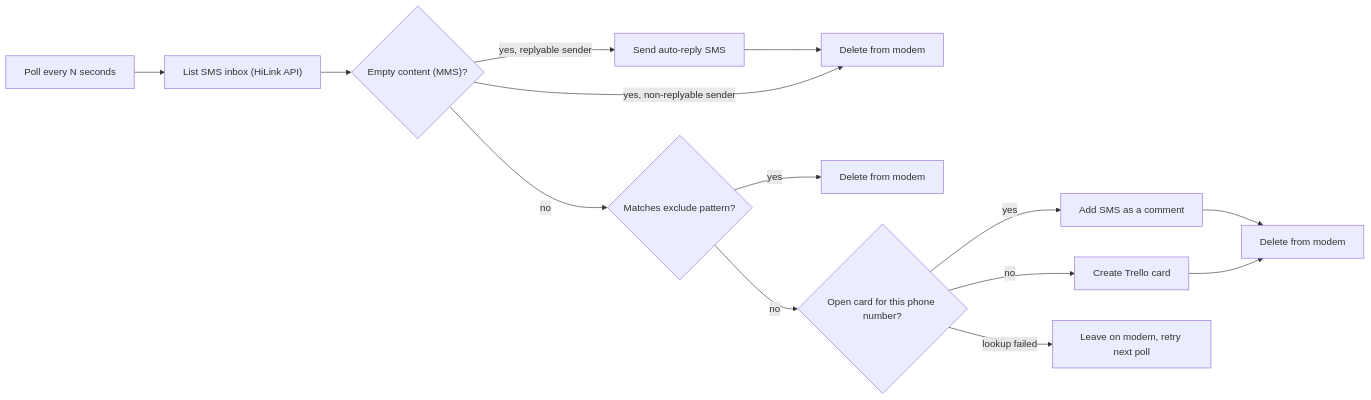
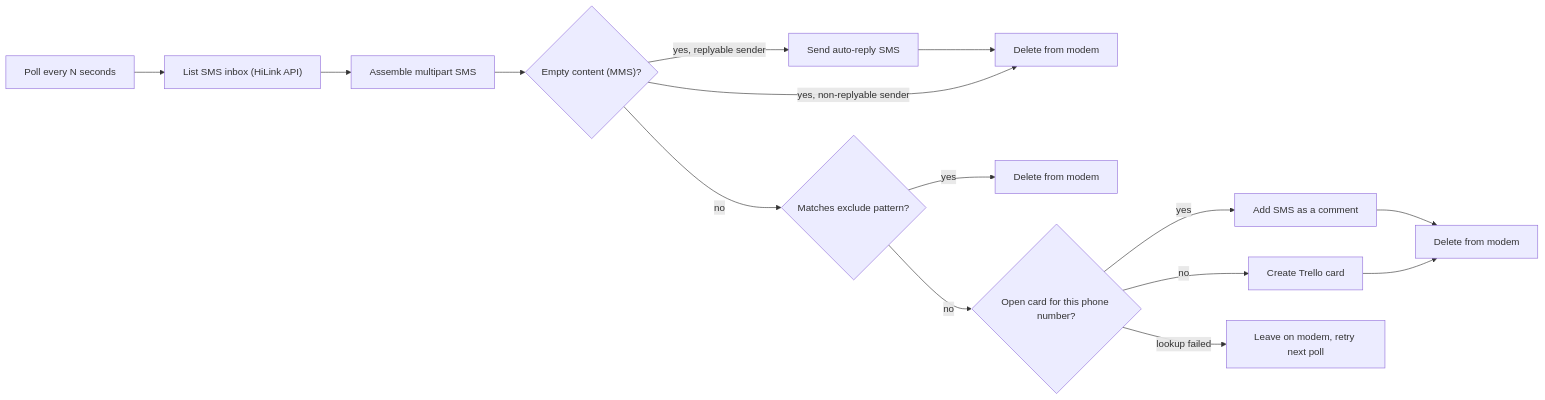
Before and after one commit to CaenFalaisePlaneurs/pi-sms: the first of 2 diagrams in README.md, drawn with Mermaid. The commit also changed other lines of this file and 13 other files, not shown here.

````diff
--- a/README.md
+++ b/README.md
@@ -25,15 +26,16 @@
 ```mermaid
 flowchart LR
   sched["Poll every N seconds"] --> list["List SMS inbox (HiLink API)"]
-  list --> mms{"Empty content (MMS)?"}
+  list --> assemble["Assemble multipart SMS"]
+  assemble --> mms{"Empty content (MMS)?"}
   mms -->|"yes, replyable sender"| reply["Send auto-reply SMS"] --> del0["Delete from modem"]
   mms -->|"yes, non-replyable sender"| del0
   mms -->|"no"| filt{"Matches exclude pattern?"}
   filt -->|"yes"| del1["Delete from modem"]
   filt -->|"no"| find{"Open card for this phone number?"}
   find -->|"yes"| comment["Add SMS as a comment"]
   find -->|"no"| card["Create Trello card"]
   comment --> del2["Delete from modem"]
   card --> del2
   find -->|"lookup failed"| retry["Leave on modem, retry next poll"]
 ```
````
